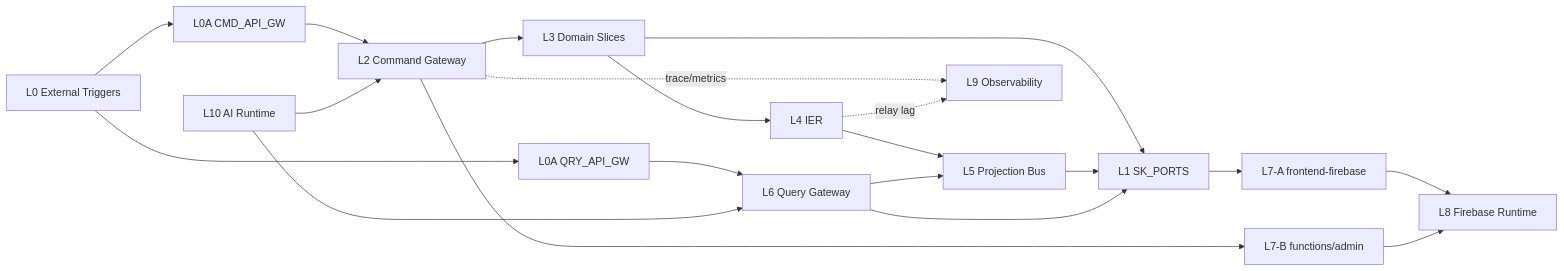
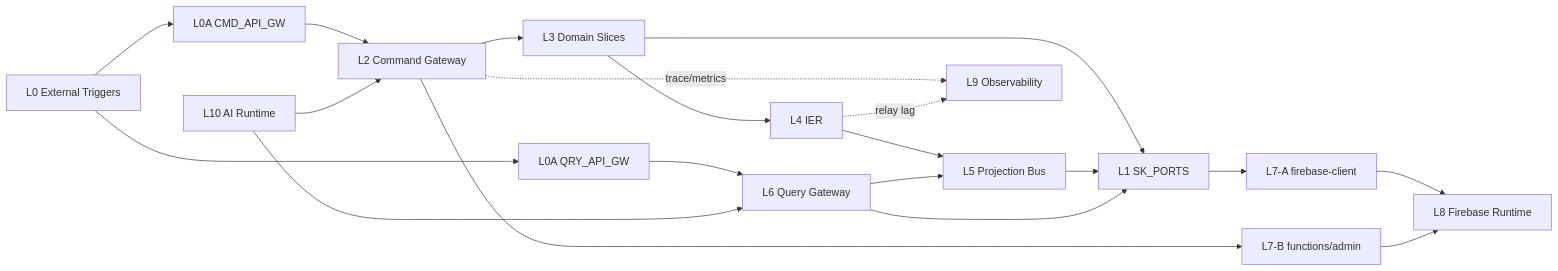
Before and after one commit to 7Spade/Xuanwu: the diagram in docs/architecture/00-logic-overview.md, drawn with Mermaid. The commit also changed 28 other files, not shown here.

First line of the commit message:
refactor: rename frontend-firebase to firebase-client across the codebase

````diff
--- a/docs/architecture/00-logic-overview.md
+++ b/docs/architecture/00-logic-overview.md
@@ -55,26 +55,26 @@
 ```mermaid
 flowchart LR
   EXT[L0 External Triggers] --> CMDGW[L0A CMD_API_GW]
   EXT --> QRYGW[L0A QRY_API_GW]
 
   CMDGW --> L2[L2 Command Gateway]
   L2 --> L3[L3 Domain Slices]
   L3 --> L4[L4 IER]
   L4 --> L5[L5 Projection Bus]
 
   QRYGW --> L6[L6 Query Gateway]
   L6 --> L5
 
   L3 --> L1[L1 SK_PORTS]
   L5 --> L1
   L6 --> L1
-  L1 --> L7A[L7-A frontend-firebase]
+  L1 --> L7A[L7-A firebase-client]
   L2 --> L7B[L7-B functions/admin]
   L7A --> L8[L8 Firebase Runtime]
   L7B --> L8
 
   L2 -. trace/metrics .-> L9[L9 Observability]
   L4 -. relay lag .-> L9
   L10[L10 AI Runtime] --> L2
   L10 --> L6
 ```
````
